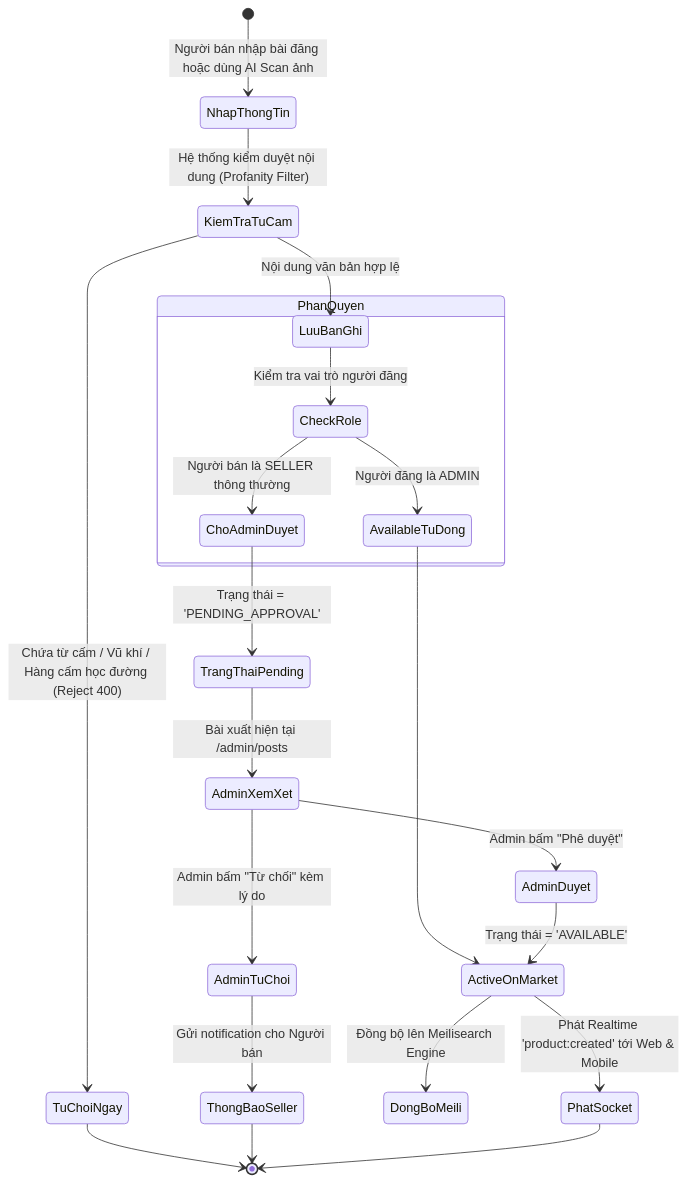
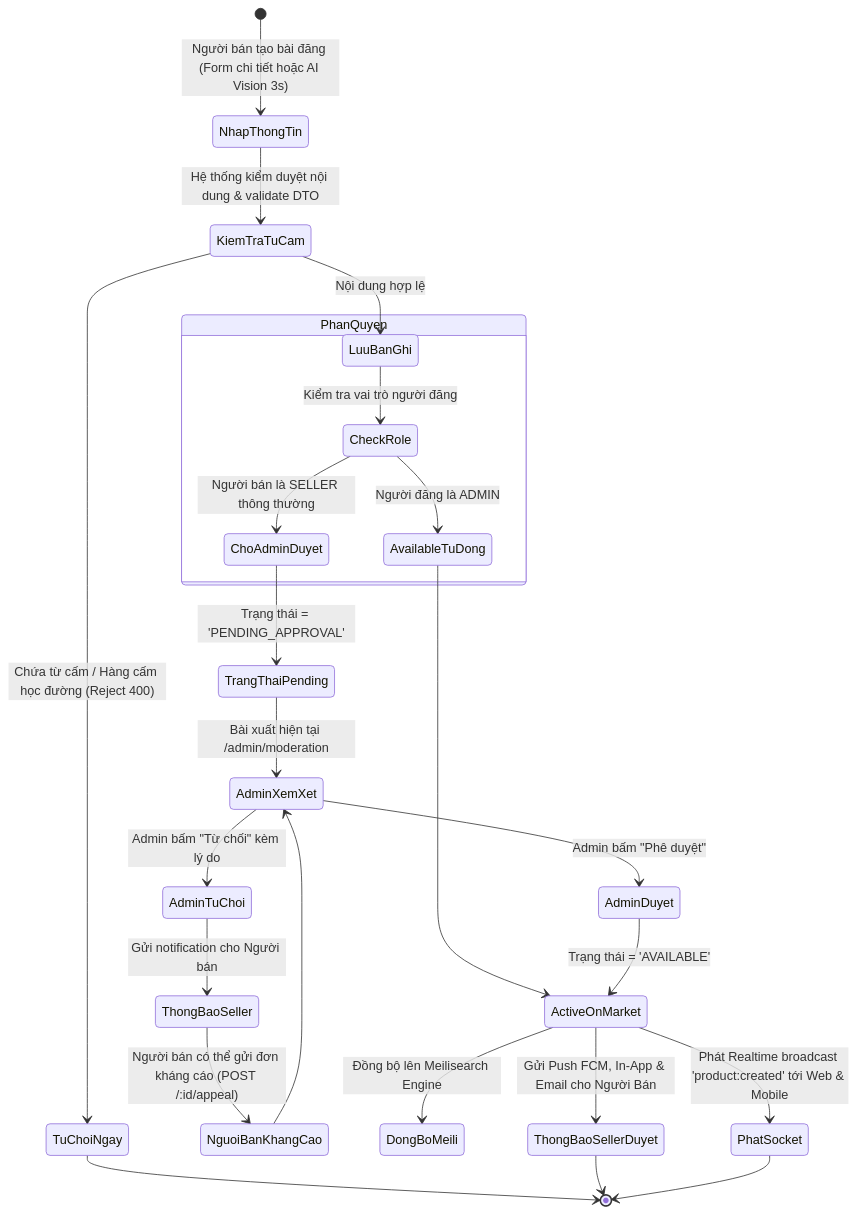
One commit to phongnha230/Market_FU changed the fourth of 13 diagrams in PROJECT_FLOWS.md. Above: the diagram before and after it, drawn with Mermaid. The commit also changed other lines of this file and 11 other files, not shown here.

````diff
--- a/PROJECT_FLOWS.md
+++ b/PROJECT_FLOWS.md
@@ -151,31 +152,34 @@
 ```mermaid
 stateDiagram-v2
-    [*] --> NhapThongTin: Người bán nhập bài đăng hoặc dùng AI Scan ảnh
-    NhapThongTin --> KiemTraTuCam: Hệ thống kiểm duyệt nội dung (Profanity Filter)
+    [*] --> NhapThongTin: Người bán tạo bài đăng (Form chi tiết hoặc AI Vision 3s)
+    NhapThongTin --> KiemTraTuCam: Hệ thống kiểm duyệt nội dung & validate DTO
   
-    KiemTraTuCam --> TuChoiNgay: Chứa từ cấm / Vũ khí / Hàng cấm học đường (Reject 400)
+    KiemTraTuCam --> TuChoiNgay: Chứa từ cấm / Hàng cấm học đường (Reject 400)
     TuChoiNgay --> [*]
   
-    KiemTraTuCam --> LuuBanGhi: Nội dung văn bản hợp lệ
+    KiemTraTuCam --> LuuBanGhi: Nội dung hợp lệ
   
     state PhanQuyen {
         LuuBanGhi --> CheckRole: Kiểm tra vai trò người đăng
         CheckRole --> AvailableTuDong: Người đăng là ADMIN
         CheckRole --> ChoAdminDuyet: Người bán là SELLER thông thường
     }
   
     ChoAdminDuyet --> TrangThaiPending: Trạng thái = 'PENDING_APPROVAL'
-    TrangThaiPending --> AdminXemXet: Bài xuất hiện tại /admin/posts
+    TrangThaiPending --> AdminXemXet: Bài xuất hiện tại /admin/moderation
   
     AdminXemXet --> AdminTuChoi: Admin bấm "Từ chối" kèm lý do
     AdminTuChoi --> ThongBaoSeller: Gửi notification cho Người bán
-    ThongBaoSeller --> [*]
+    ThongBaoSeller --> NguoiBanKhangCao: Người bán có thể gửi đơn kháng cáo (POST /:id/appeal)
+    NguoiBanKhangCao --> AdminXemXet
   
     AdminXemXet --> AdminDuyet: Admin bấm "Phê duyệt"
     AvailableTuDong --> ActiveOnMarket
     AdminDuyet --> ActiveOnMarket: Trạng thái = 'AVAILABLE'
   
     ActiveOnMarket --> DongBoMeili: Đồng bộ lên Meilisearch Engine
-    ActiveOnMarket --> PhatSocket: Phát Realtime 'product:created' tới Web & Mobile
+    ActiveOnMarket --> PhatSocket: Phát Realtime broadcast 'product:created' tới Web & Mobile
+    ActiveOnMarket --> ThongBaoSellerDuyet: Gửi Push FCM, In-App & Email cho Người Bán
+    ThongBaoSellerDuyet --> [*]
     PhatSocket --> [*]
 ```
````
